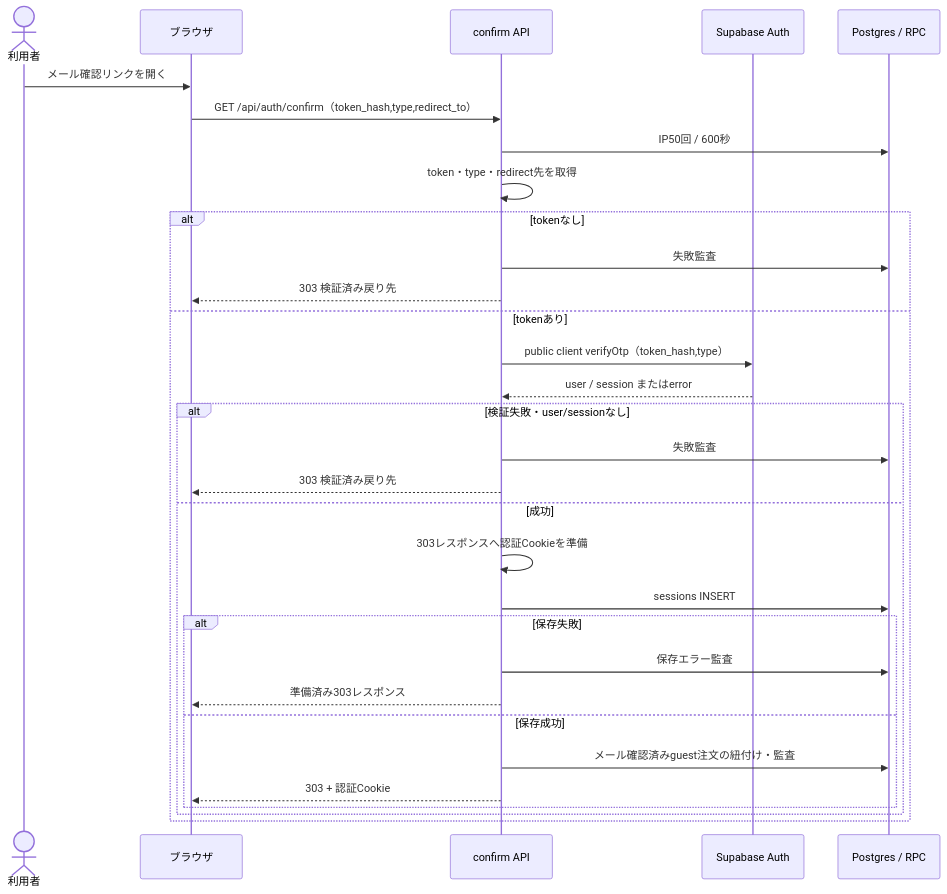
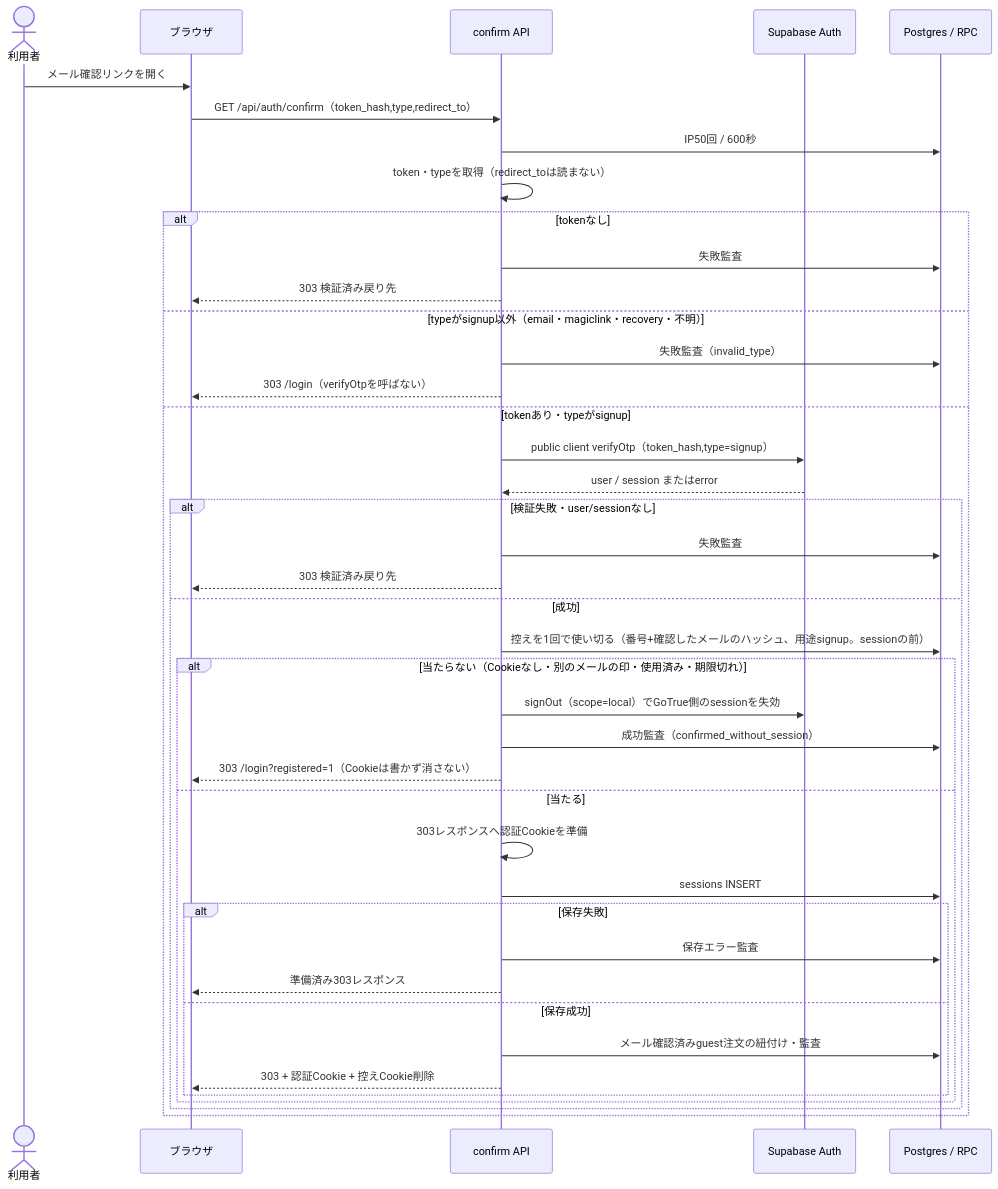
One commit to ChocoWork/o_official changed the second of 3 diagrams in docs/04_DetailDesign/sequence/auth-registration.md. Above: the diagram before and after it, drawn with Mermaid. The commit also changed other lines of this file and 177 other files, not shown here.

````diff
--- a/docs/04_DetailDesign/sequence/auth-registration.md
+++ b/docs/04_DetailDesign/sequence/auth-registration.md
@@ -122,33 +99,43 @@
 ```mermaid
 sequenceDiagram
   actor User as 利用者
   participant UI as ブラウザ
   participant API as confirm API
   participant Auth as Supabase Auth
   participant DB as Postgres / RPC
   User->>UI: メール確認リンクを開く
   UI->>API: GET /api/auth/confirm（token_hash,type,redirect_to）
   API->>DB: IP50回 / 600秒
-  API->>API: token・type・redirect先を取得
+  API->>API: token・typeを取得（redirect_toは読まない）
   alt tokenなし
     API->>DB: 失敗監査
     API-->>UI: 303 検証済み戻り先
-  else tokenあり
-    API->>Auth: public client verifyOtp（token_hash,type）
+  else typeがsignup以外（email・magiclink・recovery・不明）
+    API->>DB: 失敗監査（invalid_type）
+    API-->>UI: 303 /login（verifyOtpを呼ばない）
+  else tokenあり・typeがsignup
+    API->>Auth: public client verifyOtp（token_hash,type=signup）
     Auth-->>API: user / session またはerror
     alt 検証失敗・user/sessionなし
       API->>DB: 失敗監査
       API-->>UI: 303 検証済み戻り先
     else 成功
-      API->>API: 303レスポンスへ認証Cookieを準備
-      API->>DB: sessions INSERT
-      alt 保存失敗
-        API->>DB: 保存エラー監査
-        API-->>UI: 準備済み303レスポンス
-      else 保存成功
-        API->>DB: メール確認済みguest注文の紐付け・監査
-        API-->>UI: 303 + 認証Cookie
+      API->>DB: 控えを1回で使い切る（番号+確認したメールのハッシュ、用途signup。sessionの前）
+      alt 当たらない（Cookieなし・別のメールの印・使用済み・期限切れ）
+        API->>Auth: signOut（scope=local）でGoTrue側のsessionを失効
+        API->>DB: 成功監査（confirmed_without_session）
+        API-->>UI: 303 /login?registered=1（Cookieは書かず消さない）
+      else 当たる
+        API->>API: 303レスポンスへ認証Cookieを準備
+        API->>DB: sessions INSERT
+        alt 保存失敗
+          API->>DB: 保存エラー監査
+          API-->>UI: 準備済み303レスポンス
+        else 保存成功
+          API->>DB: メール確認済みguest注文の紐付け・監査
+          API-->>UI: 303 + 認証Cookie + 控えCookie削除
+        end
       end
     end
   end
 ```
````
